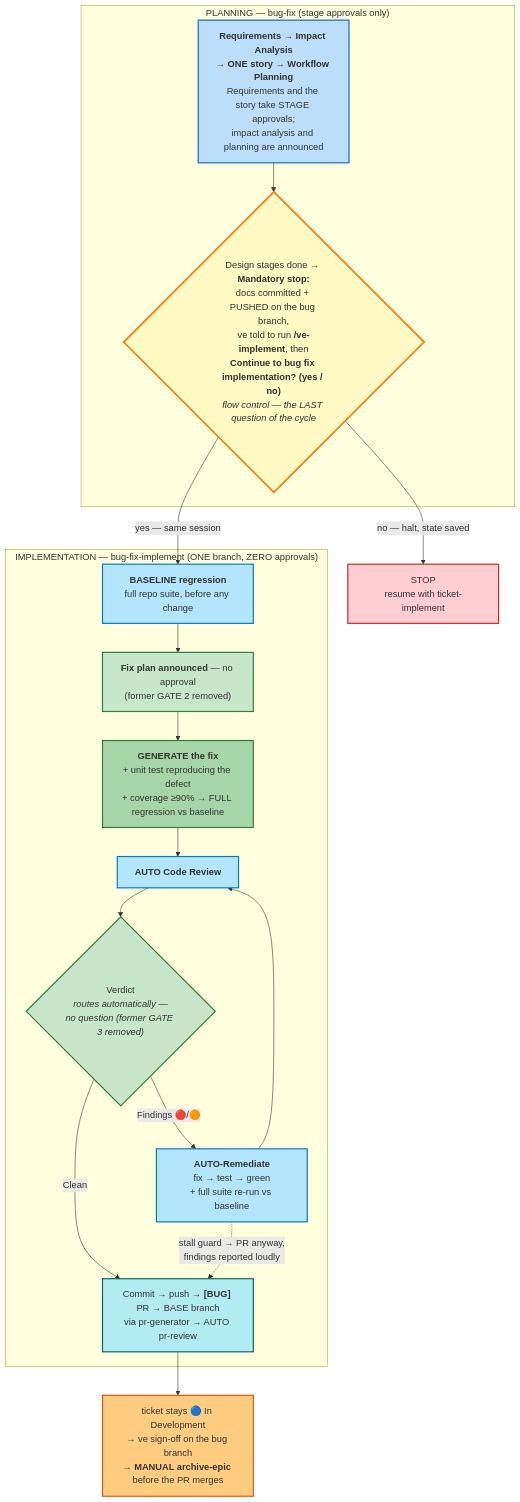
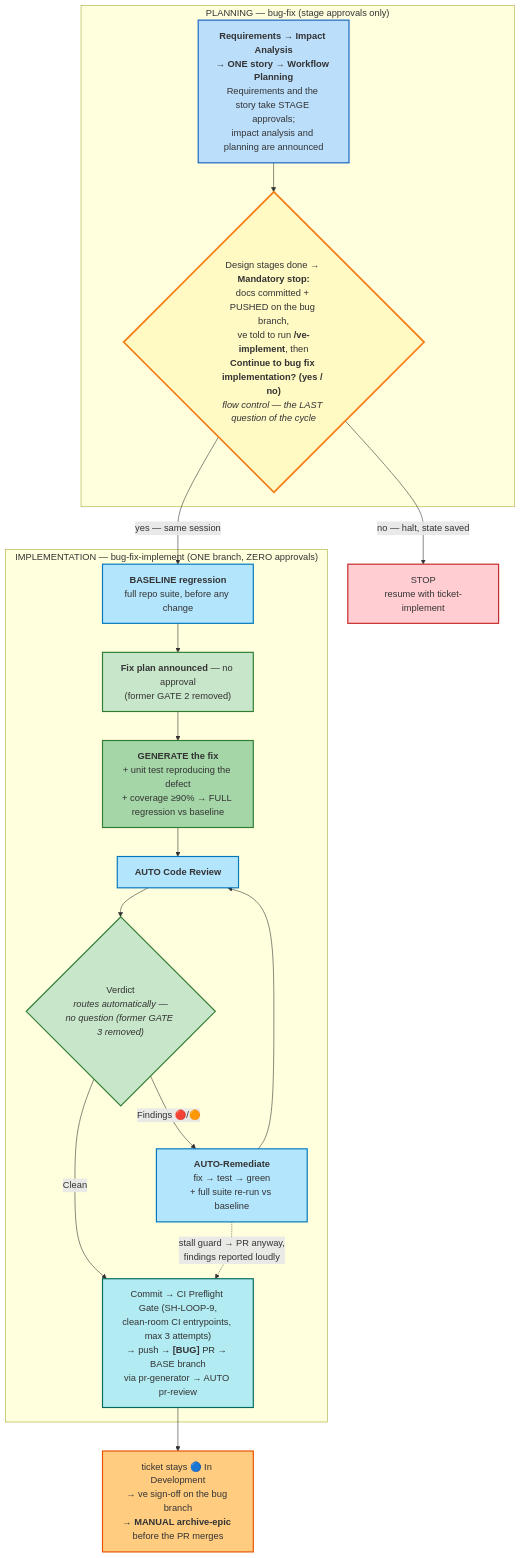
The ninth of 13 diagrams in aire-workflow/aire-workflow-diagram.md (Shailendrayadav0666/billing-cycle-copy), drawn with Mermaid before and after one commit. The commit also changed other lines of this file and 48 other files, not shown here.

````diff
--- a/aire-workflow/aire-workflow-diagram.md
+++ b/aire-workflow/aire-workflow-diagram.md
@@ -1226,35 +1299,35 @@
 ```mermaid
 flowchart TD
     subgraph BUG_INC["PLANNING — bug-fix (stage approvals only)"]
         BREQ["<b>Requirements → Impact Analysis<br/>→ ONE story → Workflow Planning</b><br/>Requirements and the story take STAGE approvals;<br/>impact analysis and planning are announced"]
         BREQ --> BAUTO{"Design stages done → <b>Mandatory stop:</b><br/>docs committed + PUSHED on the bug branch,<br/>ve told to run <b>/ve-implement</b>, then<br/><b>Continue to bug fix implementation? (yes / no)</b><br/><i>flow control — the LAST question of the cycle</i>"}
     end
 
     subgraph BUG_IMPL["IMPLEMENTATION — bug-fix-implement (ONE branch, ZERO approvals)"]
         BBASE["<b>BASELINE regression</b><br/>full repo suite, before any change"]
         BBASE --> BPLAN["<b>Fix plan announced</b> — no approval<br/>(former GATE 2 removed)"]
         BPLAN --> BGEN["<b>GENERATE the fix</b><br/>+ unit test reproducing the defect<br/>+ coverage ≥90% → FULL regression vs baseline"]
         BGEN --> BACR["<b>AUTO Code Review</b>"]
         BACR --> BV{"Verdict<br/><i>routes automatically —<br/>no question (former GATE 3 removed)</i>"}
         BV -->|"Findings 🔴/🟠"| BREM["<b>AUTO-Remediate</b><br/>fix → test → green<br/>+ full suite re-run vs baseline"]
         BREM --> BACR
-        BV -->|"Clean"| BSHIP["Commit → push → <b>[BUG]</b> PR → BASE branch<br/>via pr-generator → AUTO pr-review"]
+        BV -->|"Clean"| BSHIP["Commit → CI Preflight Gate (SH-LOOP-9,<br/>clean-room CI entrypoints, max 3 attempts)<br/>→ push → <b>[BUG]</b> PR → BASE branch<br/>via pr-generator → AUTO pr-review"]
         BREM -.->|"stall guard → PR anyway,<br/>findings reported loudly"| BSHIP
     end
 
     BAUTO -->|"yes — same session"| BBASE
     BAUTO -->|"no — halt, state saved"| BHALT["STOP<br/>resume with ticket-implement"]
     BSHIP --> BPOST["ticket stays 🔵 In Development<br/>→ ve sign-off on the bug branch<br/>→ <b>MANUAL archive-epic</b> before the PR merges"]
 
     style BREQ fill:#BBDEFB,stroke:#1565C0,stroke-width:2px
     style BAUTO fill:#FFF9C4,stroke:#F57F17,stroke-width:3px
     style BHALT fill:#FFCDD2,stroke:#C62828,stroke-width:2px
     style BBASE fill:#B3E5FC,stroke:#0277BD,stroke-width:2px
     style BPLAN fill:#C8E6C9,stroke:#2E7D32,stroke-width:2px
     style BGEN fill:#A5D6A7,stroke:#2E7D32,stroke-width:2px
     style BACR fill:#B3E5FC,stroke:#0277BD,stroke-width:2px
     style BREM fill:#B3E5FC,stroke:#0277BD,stroke-width:2px
     style BV fill:#C8E6C9,stroke:#2E7D32,stroke-width:2px
     style BSHIP fill:#B2EBF2,stroke:#00695C,stroke-width:2px
     style BPOST fill:#FFCC80,stroke:#E65100,stroke-width:2px
 ```
````
